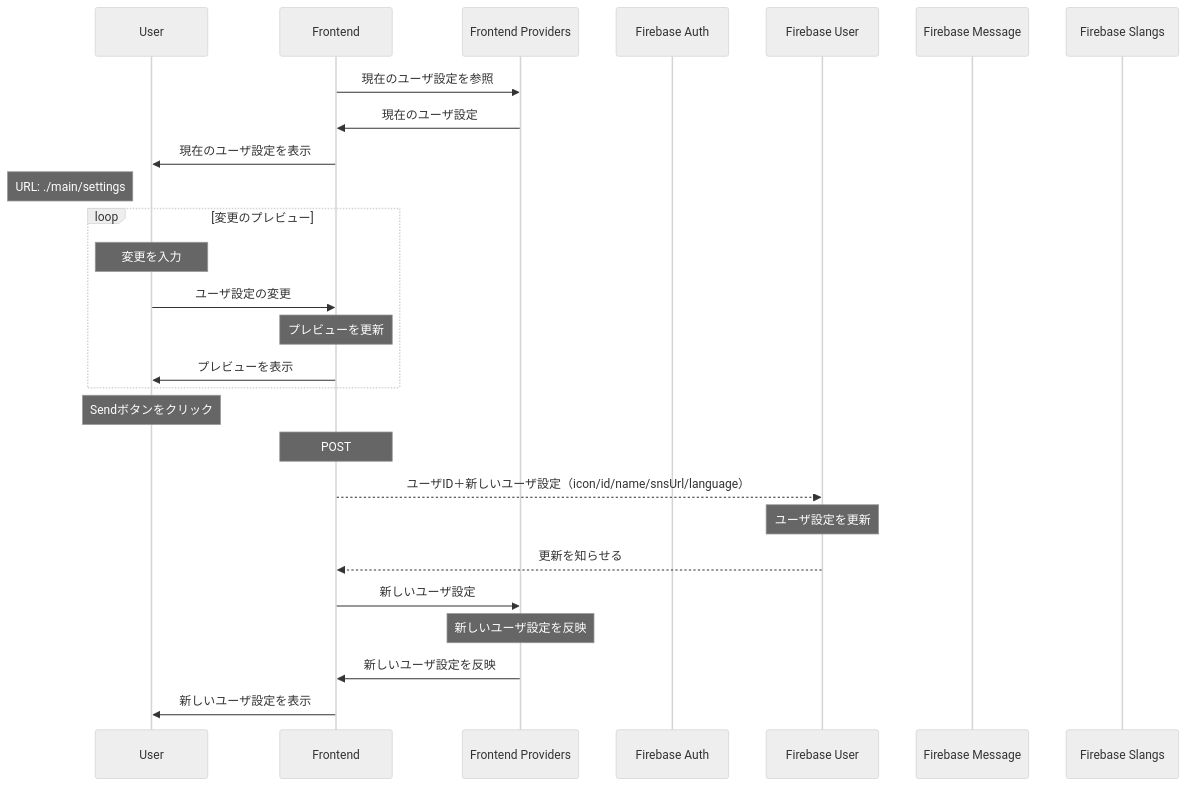
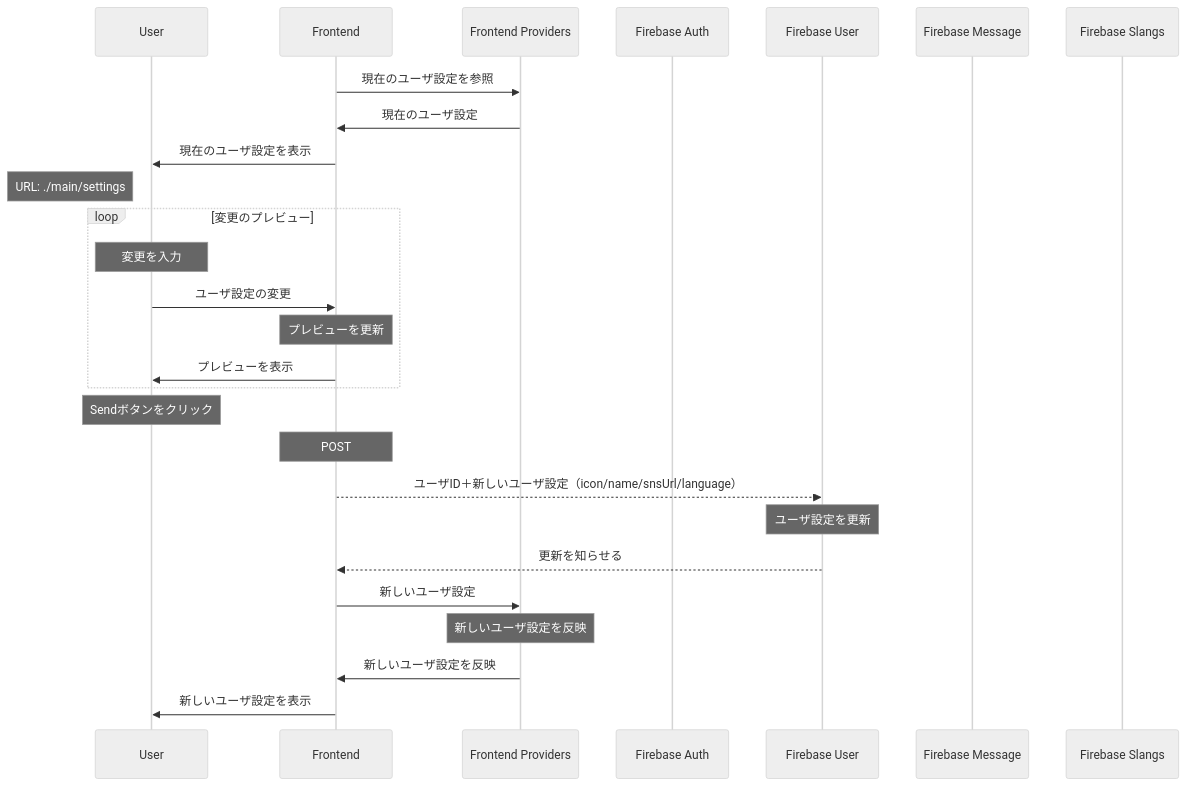
Before and after one commit to hirafish/emocha: the third of 3 diagrams in frontend/README.md, drawn with Mermaid (neutral theme). The commit also changed other lines of this file, not shown here.

````diff
--- a/frontend/README.md
+++ b/frontend/README.md
@@ -172,34 +181,34 @@
 ```mermaid
 sequenceDiagram
 
 participant User
 participant Frontend
 participant Frontend Providers
 participant Firebase Auth
 participant Firebase User
 participant Firebase Message
 participant Firebase Slangs
 
 Frontend ->> Frontend Providers: 現在のユーザ設定を参照
 Frontend Providers ->> Frontend: 現在のユーザ設定
 Frontend ->> User: 現在のユーザ設定を表示
 Note left of User: URL: ./main/settings
 
 loop 変更のプレビュー
     Note over User: 変更を入力
     User ->> Frontend: ユーザ設定の変更
     Note over Frontend: プレビューを更新
     Frontend ->> User: プレビューを表示
 end
 
 Note over User: Sendボタンをクリック
 Note over Frontend: POST
-Frontend -->> Firebase User: ユーザID＋新しいユーザ設定（icon/id/name/snsUrl/language）
+Frontend -->> Firebase User: ユーザID＋新しいユーザ設定（icon/name/snsUrl/language）
 Note over Firebase User: ユーザ設定を更新
 Firebase User -->> Frontend: 更新を知らせる
 Frontend ->> Frontend Providers: 新しいユーザ設定
 Note over Frontend Providers: 新しいユーザ設定を反映
 Frontend Providers ->> Frontend: 新しいユーザ設定を反映
 Frontend ->> User: 新しいユーザ設定を表示
 
 ```
````
